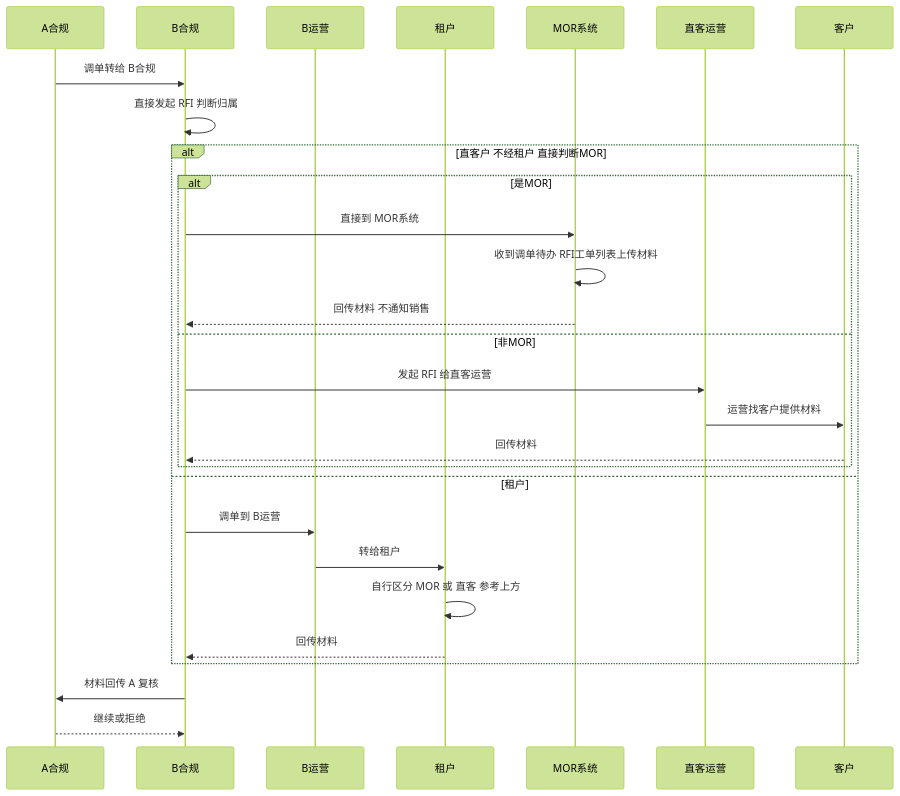
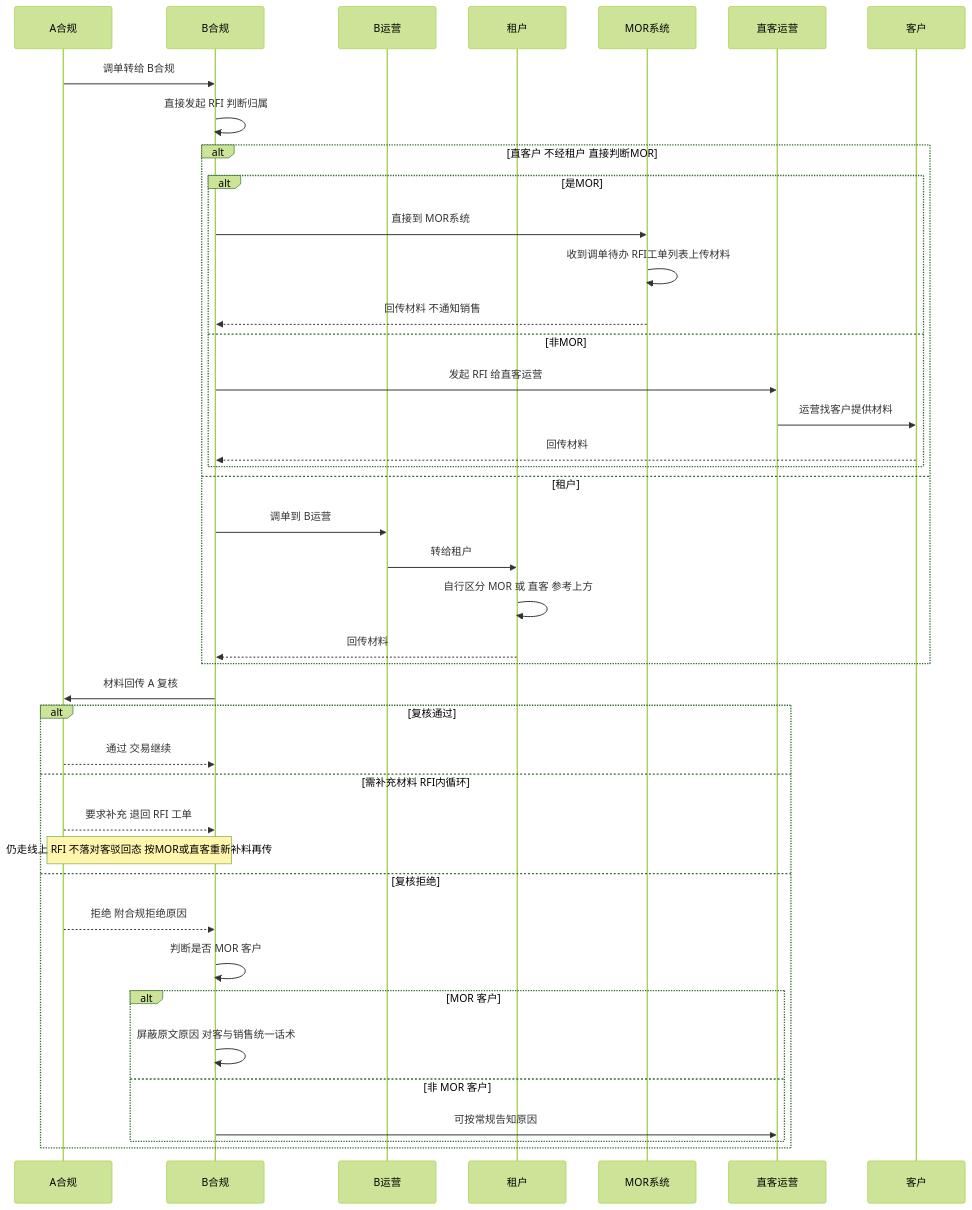
The fourth of 17 diagrams in MORSolutions/解决方案/B-A-OFFRAMP.md (xiaoxiaoangie/EX-NEW), drawn with Mermaid (forest theme) before and after one commit. The commit also changed other lines of this file and 7 other files, not shown here.

````diff
--- a/MORSolutions/解决方案/B-A-OFFRAMP.md
+++ b/MORSolutions/解决方案/B-A-OFFRAMP.md
@@ -239,30 +243,43 @@
 ```mermaid
 sequenceDiagram
     participant A as A合规
     participant BC as B合规
     participant BO as B运营
     participant TEN as 租户
     participant MOR as MOR系统
     participant DO as 直客运营
     participant C as 客户
     A->>BC: 调单转给 B合规
     BC->>BC: 直接发起 RFI 判断归属
     alt 直客户 不经租户 直接判断MOR
         alt 是MOR
             BC->>MOR: 直接到 MOR系统
             MOR->>MOR: 收到调单待办 RFI工单列表上传材料
             MOR-->>BC: 回传材料 不通知销售
         else 非MOR
             BC->>DO: 发起 RFI 给直客运营
             DO->>C: 运营找客户提供材料
             C-->>BC: 回传材料
         end
     else 租户
         BC->>BO: 调单到 B运营
         BO->>TEN: 转给租户
         TEN->>TEN: 自行区分 MOR 或 直客 参考上方
         TEN-->>BC: 回传材料
     end
     BC->>A: 材料回传 A 复核
-    A-->>BC: 继续或拒绝
+    alt 复核通过
+        A-->>BC: 通过 交易继续
+    else 需补充材料 RFI内循环
+        A-->>BC: 要求补充 退回 RFI 工单
+        Note over BC,A: 仍走线上 RFI 不落对客驳回态 按MOR或直客重新补料再传
+    else 复核拒绝
+        A-->>BC: 拒绝 附合规拒绝原因
+        BC->>BC: 判断是否 MOR 客户
+        alt MOR 客户
+            BC->>BC: 屏蔽原文原因 对客与销售统一话术
+        else 非 MOR 客户
+            BC->>DO: 可按常规告知原因
+        end
+    end
 ```
````
